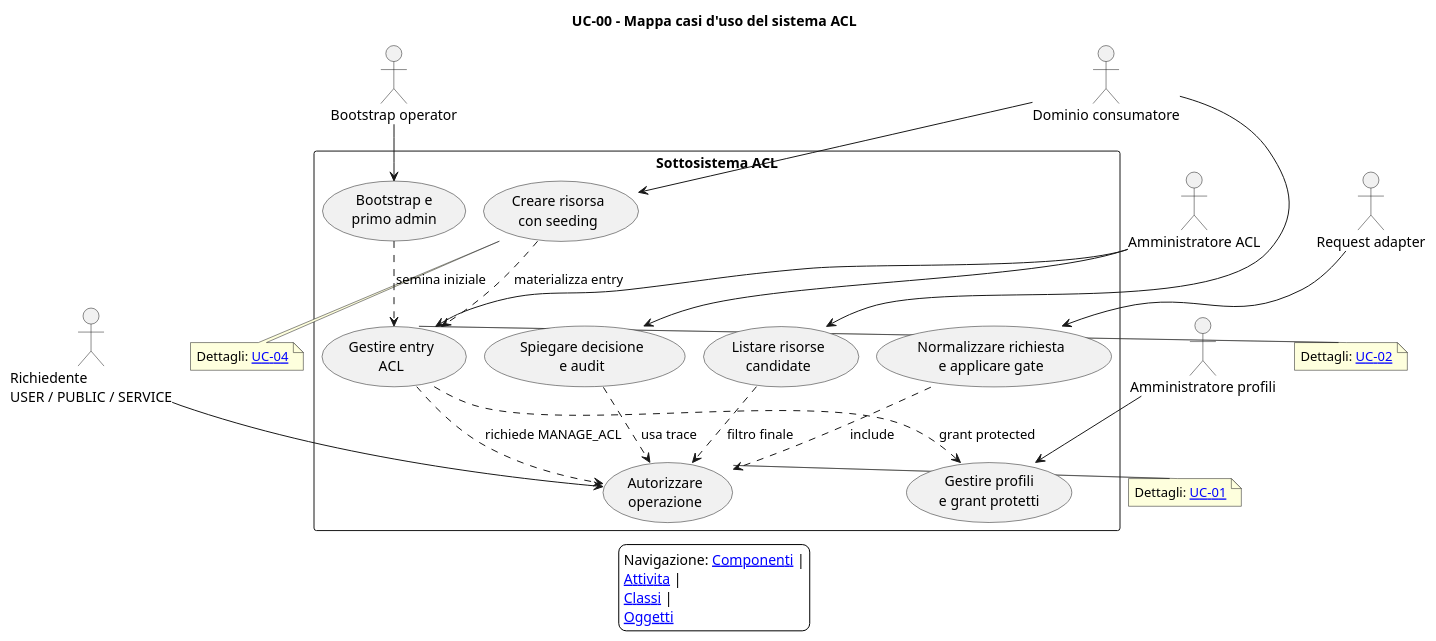
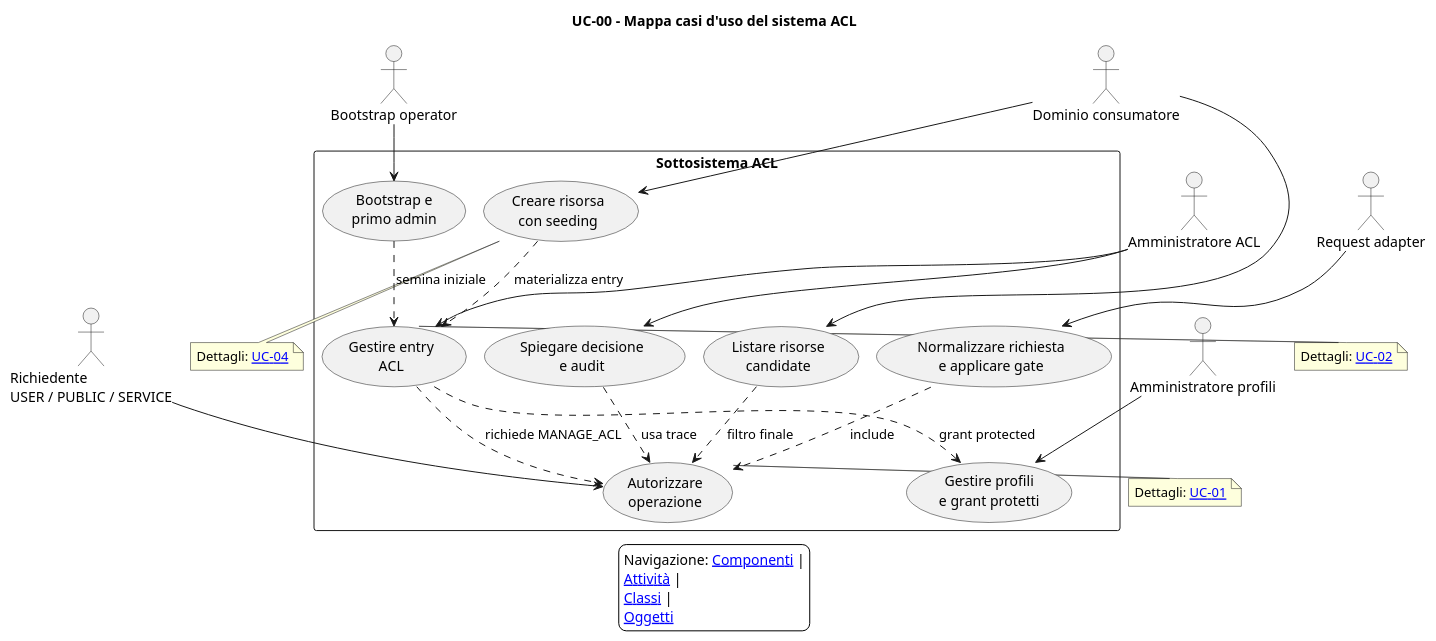
Before and after one commit to antlampas/ACL: the diagram in design/use case/00_mappa_use_case.puml, drawn with PlantUML. The commit also changed 38 other files, not shown here.

Commit message:
docs: corretti testi e diagrammi UML

```diff
--- a/design/use case/00_mappa_use_case.puml
+++ b/design/use case/00_mappa_use_case.puml
@@ -1,67 +1,67 @@
 @startuml 00_mappa_use_case
 ' Title: Sistema ACL - 00_mappa_use_case
 ' Author/Licensor: Francesco
 ' Source: this repository
 ' License: Creative Commons Attribution-ShareAlike 4.0 International
 ' License URL: https://creativecommons.org/licenses/by-sa/4.0/
 ' SPDX-License-Identifier: CC-BY-SA-4.0
 !pragma layout smetana
 skinparam backgroundColor white
 skinparam nodesep 80
 skinparam ranksep 80
 title UC-00 - Mappa casi d'uso del sistema ACL
 skinparam shadowing false
 skinparam packageStyle rectangle
 
 actor "Richiedente\nUSER / PUBLIC / SERVICE" as Richiedente
 actor "Amministratore ACL" as AdminACL
 actor "Amministratore profili" as AdminProfili
 actor "Bootstrap operator" as Bootstrap
 actor "Dominio consumatore" as Dominio
 actor "Request adapter" as Adapter
 
 rectangle "Sottosistema ACL" {
   usecase "Autorizzare\noperazione" as UCAuth
   usecase "Normalizzare richiesta\ne applicare gate" as UCGate
   usecase "Gestire entry\nACL" as UCManage
   usecase "Creare risorsa\ncon seeding" as UCSeed
   usecase "Listare risorse\ncandidate" as UCCandidates
   usecase "Gestire profili\ne grant protetti" as UCProfiles
   usecase "Bootstrap e\nprimo admin" as UCBootstrap
   usecase "Spiegare decisione\ne audit" as UCExplain
 }
 
 Richiedente --> UCAuth
 Adapter --> UCGate
 AdminACL --> UCManage
 Dominio --> UCSeed
 Dominio --> UCCandidates
 AdminProfili --> UCProfiles
 Bootstrap --> UCBootstrap
 AdminACL --> UCExplain
 
 UCGate ..> UCAuth : include
 UCManage ..> UCAuth : richiede MANAGE_ACL
 UCManage ..> UCProfiles : grant protected
 UCSeed ..> UCManage : materializza entry
 UCCandidates ..> UCAuth : filtro finale
 UCBootstrap ..> UCManage : semina iniziale
 UCExplain ..> UCAuth : usa trace
 
 note right of UCAuth
   Dettagli: [[01_autorizzare_operazione.puml UC-01]]
 end note
 note right of UCManage
   Dettagli: [[02_gestire_entry_acl.puml UC-02]]
 end note
 note bottom of UCSeed
   Dettagli: [[04_creare_risorsa_con_seeding.puml UC-04]]
 end note
 
 legend
   Navigazione: [[../componenti/00_mappa_componenti.puml Componenti]] |
-  [[../attivit%C3%A0/00_mappa_attivita.puml Attivita]] |
+  [[../attivit%C3%A0/00_mappa_attivita.puml Attività]] |
   [[../classi/00_modello_concettuale.puml Classi]] |
   [[../oggetti/00_mappa_oggetti.puml Oggetti]]
 endlegend
 @enduml
```
